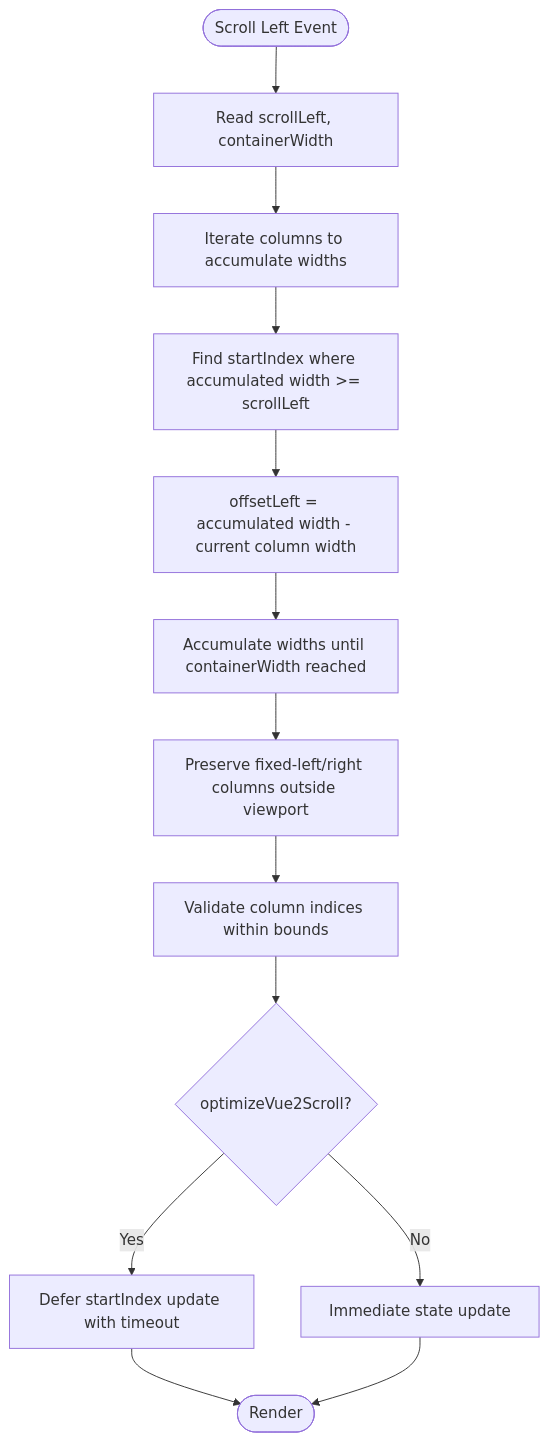
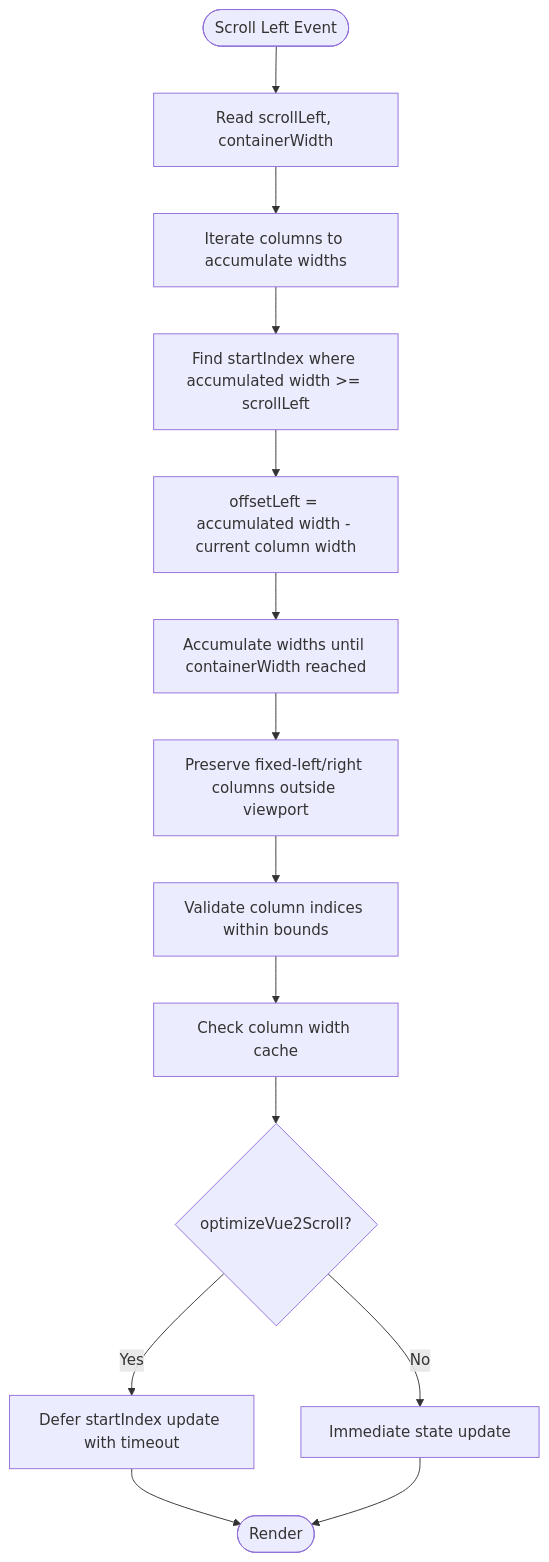
Before and after one commit to ja-plus/stk-table-vue: the fourth of 6 diagrams in .qoder/repowiki/en/content/Core Concepts/Virtual Scrolling/Virtual Scroll Configuration.md, drawn with Mermaid. The commit also changed other lines of this file and 7 other files, not shown here.

````diff
--- a/.qoder/repowiki/en/content/Core Concepts/Virtual Scrolling/Virtual Scroll Configuration.md
+++ b/.qoder/repowiki/en/content/Core Concepts/Virtual Scrolling/Virtual Scroll Configuration.md
@@ -249,15 +265,16 @@
 ```mermaid
 flowchart TD
 StartX(["Scroll Left Event"]) --> ReadX["Read scrollLeft, containerWidth"]
 ReadX --> LoopCols["Iterate columns to accumulate widths"]
 LoopCols --> FindStart["Find startIndex where accumulated width >= scrollLeft"]
 FindStart --> ComputeOffset["offsetLeft = accumulated width - current column width"]
 ComputeOffset --> ComputeEnd["Accumulate widths until containerWidth reached"]
 ComputeEnd --> FixFixed["Preserve fixed-left/right columns outside viewport"]
 FixFixed --> BoundsCheck["Validate column indices within bounds"]
-BoundsCheck --> OptimizeX{"optimizeVue2Scroll?"}
+BoundsCheck --> CacheCheck["Check column width cache"]
+CacheCheck --> OptimizeX{"optimizeVue2Scroll?"}
 OptimizeX --> |Yes| DeferX["Defer startIndex update with timeout"]
 OptimizeX --> |No| ImmediateX["Immediate state update"]
 DeferX --> EndX(["Render"])
 ImmediateX --> EndX
 ```
````
